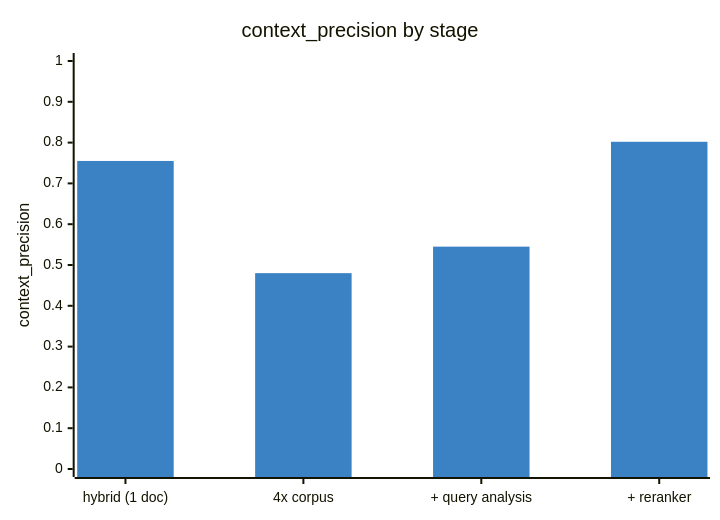
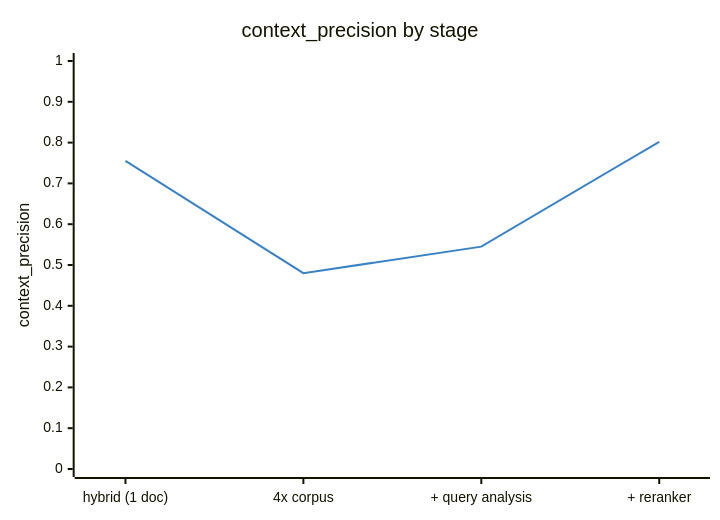
One commit to ikerpindter/RAG changed the diagram in README.md. Above: the diagram before and after it, drawn with Mermaid.

Commit message:
Cambia la gráfica del README de barras a línea

````diff
--- a/README.md
+++ b/README.md
@@ -18,8 +18,8 @@
 ```mermaid
 %%{init: {"themeVariables": {"xyChart": {"plotColorPalette": "#3b82c4"}}}}%%
 xychart-beta
     title "context_precision by stage"
     x-axis ["hybrid (1 doc)", "4x corpus", "+ query analysis", "+ reranker"]
     y-axis "context_precision" 0 --> 1
-    bar [0.755, 0.480, 0.545, 0.802]
+    line [0.755, 0.480, 0.545, 0.802]
 ```
````
